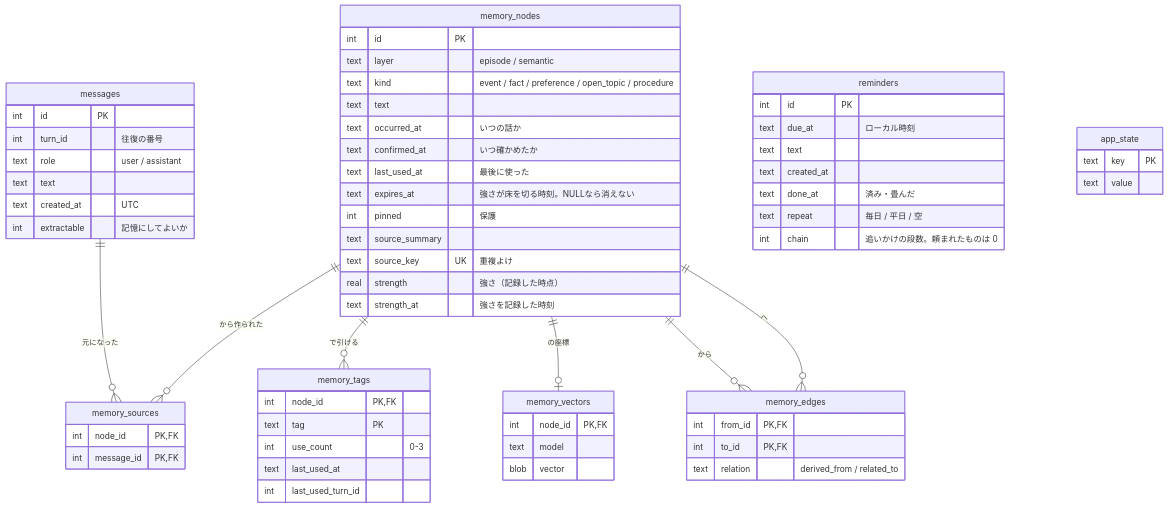
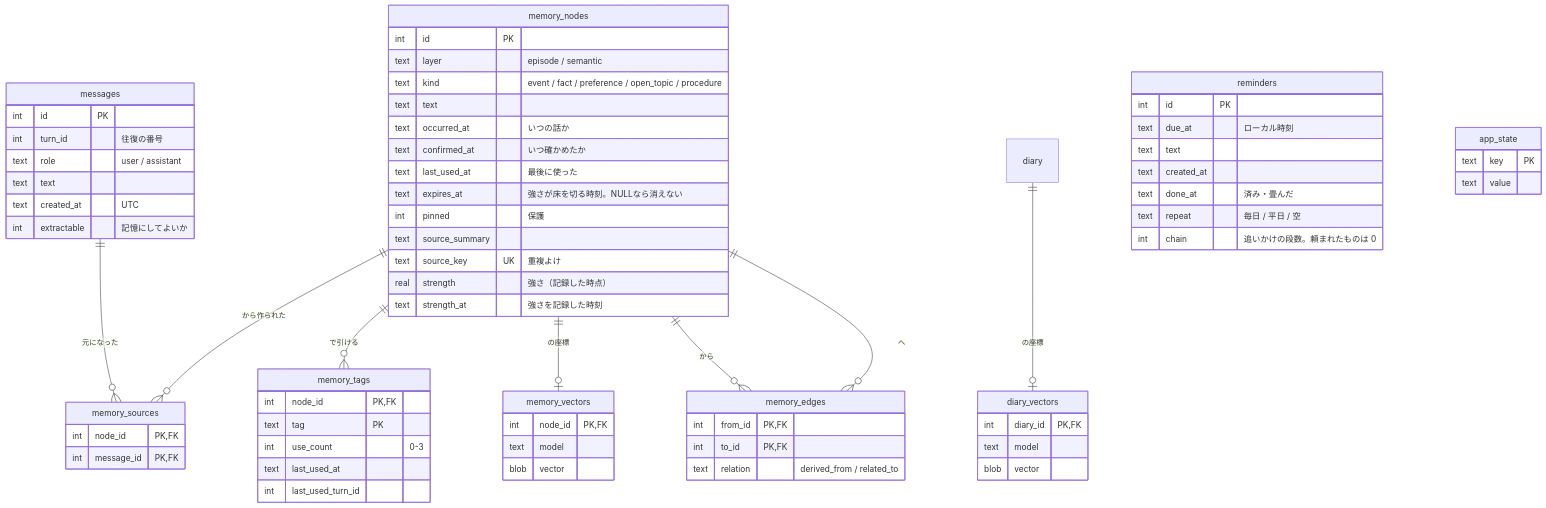
The diagram in docs/06_データベース.md (shoya44/kotoha), drawn with Mermaid before and after one commit. The commit also changed other lines of this file and 14 other files, not shown here.

````diff
--- a/docs/06_データベース.md
+++ b/docs/06_データベース.md
@@ -7,67 +7,73 @@
 ```mermaid
 erDiagram
     messages ||--o{ memory_sources : "元になった"
     memory_nodes ||--o{ memory_sources : "から作られた"
     memory_nodes ||--o{ memory_tags : "で引ける"
     memory_nodes ||--o| memory_vectors : "の座標"
     memory_nodes ||--o{ memory_edges : "から"
     memory_nodes ||--o{ memory_edges : "へ"
+    diary ||--o| diary_vectors : "の座標"
 
     messages {
         int id PK
         int turn_id "往復の番号"
         text role "user / assistant"
         text text
         text created_at "UTC"
         int extractable "記憶にしてよいか"
     }
     memory_nodes {
         int id PK
         text layer "episode / semantic"
         text kind "event / fact / preference / open_topic / procedure"
         text text
         text occurred_at "いつの話か"
         text confirmed_at "いつ確かめたか"
         text last_used_at "最後に使った"
         text expires_at "強さが床を切る時刻。NULLなら消えない"
         int pinned "保護"
         text source_summary
         text source_key UK "重複よけ"
         real strength "強さ（記録した時点）"
         text strength_at "強さを記録した時刻"
     }
     memory_tags {
         int node_id PK, FK
         text tag PK
         int use_count "0-3"
         text last_used_at
         int last_used_turn_id
     }
     memory_edges {
         int from_id PK, FK
         int to_id PK, FK
         text relation "derived_from / related_to"
     }
     memory_vectors {
         int node_id PK, FK
         text model
         blob vector
     }
+    diary_vectors {
+        int diary_id PK, FK
+        text model
+        blob vector
+    }
     memory_sources {
         int node_id PK, FK
         int message_id PK, FK
     }
     reminders {
         int id PK
         text due_at "ローカル時刻"
         text text
         text created_at
         text done_at "済み・畳んだ"
         text repeat "毎日 / 平日 / 空"
         int chain "追いかけの段数。頼まれたものは 0"
     }
     app_state {
         text key PK
         text value
     }
 ```
````
